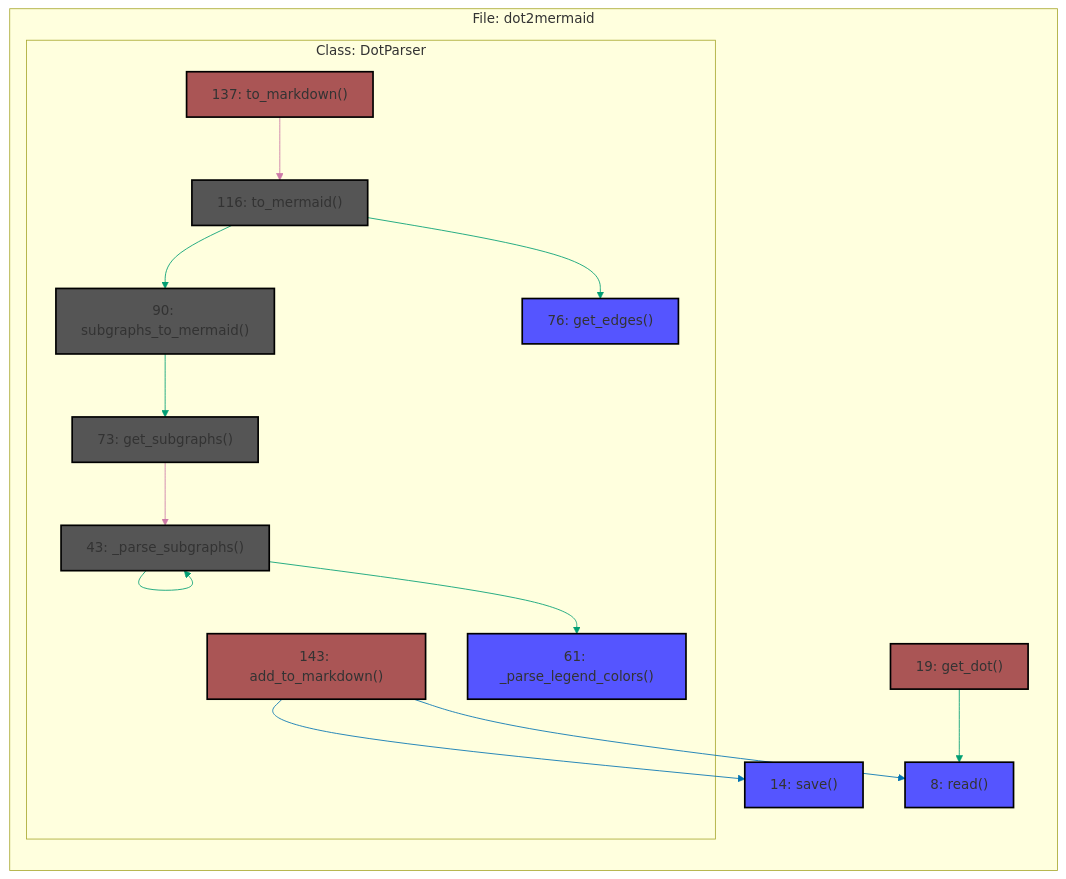
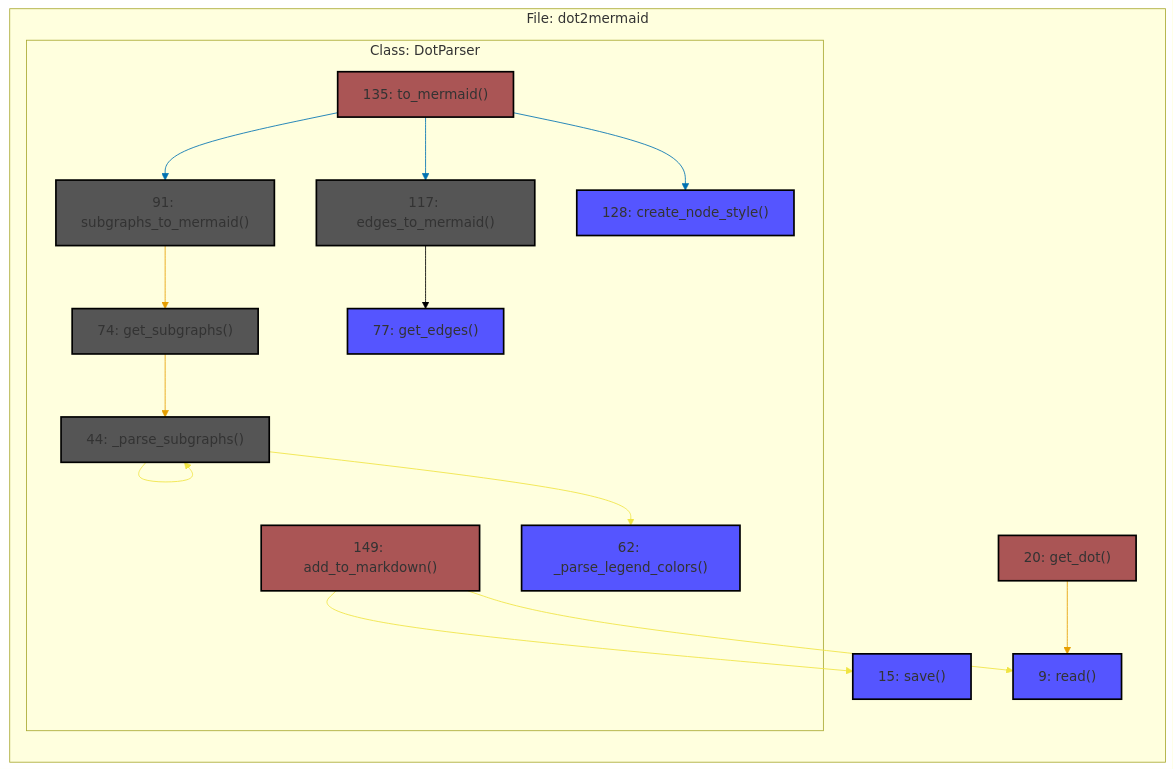
One commit to HoseynAAmiri/dot2mermaid changed the diagram in README.md. Above: the diagram before and after it, drawn with Mermaid. The commit also changed 1 other file, not shown here.

Commit message:
init package

````diff
--- a/README.md
+++ b/README.md
@@ -33,56 +33,60 @@
 ```mermaid
 graph LR
-    %% Subgraphs 
+    %% Subgraphs
     subgraph File: dot2mermaid
         subgraph Class: DotParser
-            node_3fb2c4c4["61: _parse_legend_colors()"]:::leaf
-            node_e0f78b1b["43: _parse_subgraphs()"]:::filled
-            node_80f26d2d["143: add_to_markdown()"]:::trunk
-            node_3b2214c5["76: get_edges()"]:::leaf
-            node_36838d77["73: get_subgraphs()"]:::filled
-            node_3e889beb["90: subgraphs_to_mermaid()"]:::filled
-            node_e83bdddf["137: to_markdown()"]:::trunk
-            node_528d619b["116: to_mermaid()"]:::filled
+            node_eb797174["62: _parse_legend_colors()"]:::leaf
+            node_1c8038fc["44: _parse_subgraphs()"]:::filled
+            node_3f7b9c44["149: add_to_markdown()"]:::trunk
+            node_f9f1c152["128: create_node_style()"]:::leaf
+            node_3208e0e0["117: edges_to_mermaid()"]:::filled
+            node_801bb883["77: get_edges()"]:::leaf
+            node_f0610ee1["74: get_subgraphs()"]:::filled
+            node_591e81b1["91: subgraphs_to_mermaid()"]:::filled
+            node_97d1ba45["135: to_mermaid()"]:::trunk
         end
-        node_3fb2c4c4["61: _parse_legend_colors()"]:::leaf
-        node_e0f78b1b["43: _parse_subgraphs()"]:::filled
-        node_80f26d2d["143: add_to_markdown()"]:::trunk
-        node_3b2214c5["76: get_edges()"]:::leaf
-        node_36838d77["73: get_subgraphs()"]:::filled
-        node_3e889beb["90: subgraphs_to_mermaid()"]:::filled
-        node_e83bdddf["137: to_markdown()"]:::trunk
-        node_528d619b["116: to_mermaid()"]:::filled
-        node_0e6d2aa3["19: get_dot()"]:::trunk
-        node_80dbcb82["8: read()"]:::leaf
-        node_7467b54c["14: save()"]:::leaf
+        node_eb797174["62: _parse_legend_colors()"]:::leaf
+        node_1c8038fc["44: _parse_subgraphs()"]:::filled
+        node_3f7b9c44["149: add_to_markdown()"]:::trunk
+        node_f9f1c152["128: create_node_style()"]:::leaf
+        node_3208e0e0["117: edges_to_mermaid()"]:::filled
+        node_801bb883["77: get_edges()"]:::leaf
+        node_f0610ee1["74: get_subgraphs()"]:::filled
+        node_591e81b1["91: subgraphs_to_mermaid()"]:::filled
+        node_97d1ba45["135: to_mermaid()"]:::trunk
+        node_74fde869["20: get_dot()"]:::trunk
+        node_a7893f35["9: read()"]:::leaf
+        node_9f9b9383["15: save()"]:::leaf
     end
 
     %% Edges
-    node_e0f78b1b --> node_3fb2c4c4
-    node_e0f78b1b --> node_e0f78b1b
-    node_80f26d2d --> node_80dbcb82
-    node_80f26d2d --> node_7467b54c
-    node_36838d77 --> node_e0f78b1b
-    node_3e889beb --> node_36838d77
-    node_e83bdddf --> node_528d619b
-    node_528d619b --> node_3b2214c5
-    node_528d619b --> node_3e889beb
-    node_0e6d2aa3 --> node_80dbcb82
+    node_1c8038fc --> node_eb797174
+    node_1c8038fc --> node_1c8038fc
+    node_3f7b9c44 --> node_a7893f35
+    node_3f7b9c44 --> node_9f9b9383
+    node_3208e0e0 --> node_801bb883
+    node_f0610ee1 --> node_1c8038fc
+    node_591e81b1 --> node_f0610ee1
+    node_97d1ba45 --> node_f9f1c152
+    node_97d1ba45 --> node_3208e0e0
+    node_97d1ba45 --> node_591e81b1
+    node_74fde869 --> node_a7893f35
 
     %% Edge styles
-    linkStyle 0 stroke:#009E73
-    linkStyle 1 stroke:#009E73
-    linkStyle 2 stroke:#0072B2
-    linkStyle 3 stroke:#0072B2
-    linkStyle 4 stroke:#CC79A7
-    linkStyle 5 stroke:#009E73
-    linkStyle 6 stroke:#CC79A7
-    linkStyle 7 stroke:#009E73
-    linkStyle 8 stroke:#009E73
-    linkStyle 9 stroke:#009E73
+    linkStyle 0 stroke:#F0E442
+    linkStyle 1 stroke:#F0E442
+    linkStyle 2 stroke:#F0E442
+    linkStyle 3 stroke:#F0E442
+    linkStyle 4 stroke:#000000
+    linkStyle 5 stroke:#E69F00
+    linkStyle 6 stroke:#E69F00
+    linkStyle 7 stroke:#0072B2
+    linkStyle 8 stroke:#0072B2
+    linkStyle 9 stroke:#0072B2
+    linkStyle 10 stroke:#E69F00
 
-    %% Node styles         
-    classDef filled fill:#555555,stroke:#000000,stroke-width:2px;         
-    classDef leaf fill:#5555FF,stroke:#000000,stroke-width:2px;         
-    classDef trunk fill:#AA5555,stroke:#000000,stroke-width:2px;         
+    %% Node styles
+    classDef filled fill:#555555,stroke:#000000,stroke-width:2px;
+    classDef leaf fill:#5555FF,stroke:#000000,stroke-width:2px;
+    classDef trunk fill:#AA5555,stroke:#000000,stroke-width:2px;
 ```
````
